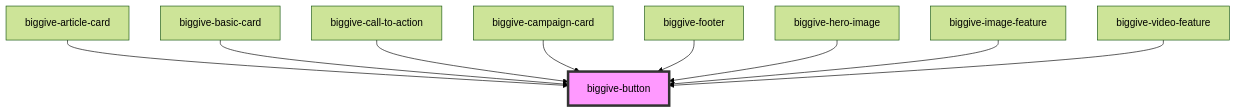
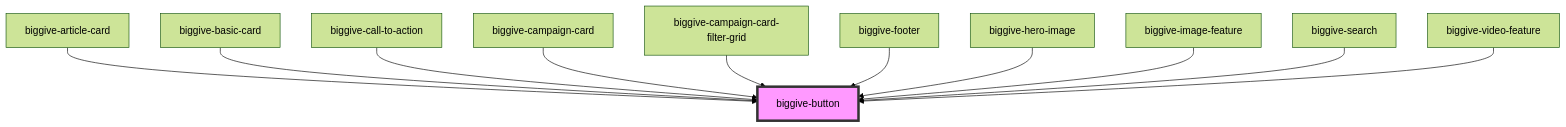
The diagram in src/components/biggive-button/readme.md (thebiggive/donate-frontend), drawn with Mermaid (forest theme) before and after one commit. The commit also changed other lines of this file and 5 other files, not shown here.

Commit message:
Use `<biggive-button/>` consistently

````diff
--- a/src/components/biggive-button/readme.md
+++ b/src/components/biggive-button/readme.md
@@ -35,12 +37,14 @@
 ```mermaid
 graph TD;
   biggive-article-card --> biggive-button
   biggive-basic-card --> biggive-button
   biggive-call-to-action --> biggive-button
   biggive-campaign-card --> biggive-button
+  biggive-campaign-card-filter-grid --> biggive-button
   biggive-footer --> biggive-button
   biggive-hero-image --> biggive-button
   biggive-image-feature --> biggive-button
+  biggive-search --> biggive-button
   biggive-video-feature --> biggive-button
   style biggive-button fill:#f9f,stroke:#333,stroke-width:4px
 ```
````
